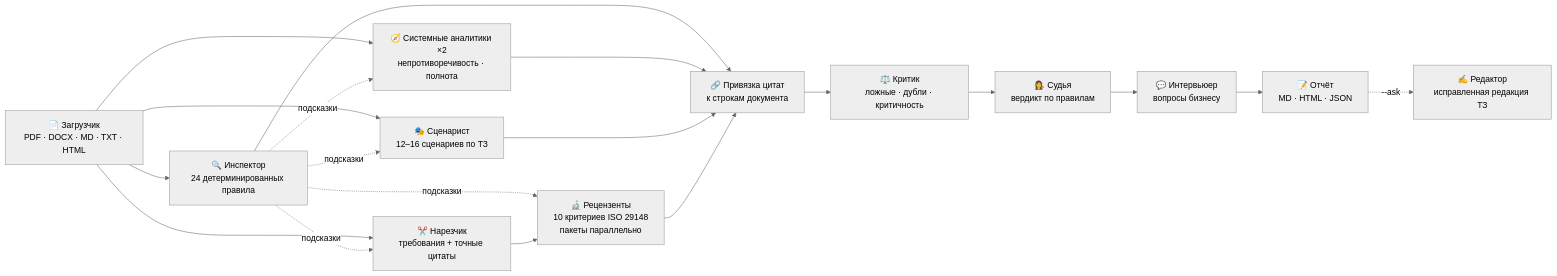
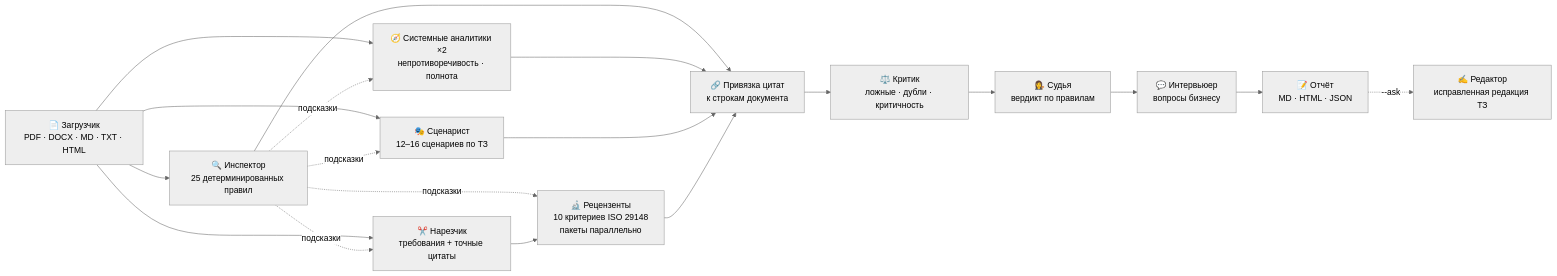
Before and after one commit to khusrav11/solohive: the diagram in README.md, drawn with Mermaid (neutral theme). The commit also changed other lines of this file and 2 other files, not shown here.

Commit message:
README: 25 правил, 47 тестов; версия 1.4.3

````diff
--- a/README.md
+++ b/README.md
@@ -138,18 +138,18 @@
 ```mermaid
 flowchart LR
-    A["📄 Загрузчик<br/>PDF · DOCX · MD · TXT · HTML"] --> B["🔍 Инспектор<br/>24 детерминированных правила"]
+    A["📄 Загрузчик<br/>PDF · DOCX · MD · TXT · HTML"] --> B["🔍 Инспектор<br/>25 детерминированных правил"]
     A --> C["✂️ Нарезчик<br/>требования + точные цитаты"]
     A --> D["🧭 Системные аналитики ×2<br/>непротиворечивость · полнота"]
     A --> S["🎭 Сценарист<br/>12–16 сценариев по ТЗ"]
     B -. подсказки .-> C & D & S & E
     C --> E["🔬 Рецензенты<br/>10 критериев ISO 29148<br/>пакеты параллельно"]
     B --> F["🔗 Привязка цитат<br/>к строкам документа"]
     D --> F
     S --> F
     E --> F
     F --> G["⚖️ Критик<br/>ложные · дубли · критичность"]
     G --> H["👩‍⚖️ Судья<br/>вердикт по правилам"]
     H --> I["💬 Интервьюер<br/>вопросы бизнесу"]
     I --> J["📝 Отчёт<br/>MD · HTML · JSON"]
     J -. "--ask" .-> K["✍️ Редактор<br/>исправленная редакция ТЗ"]
 ```
````
